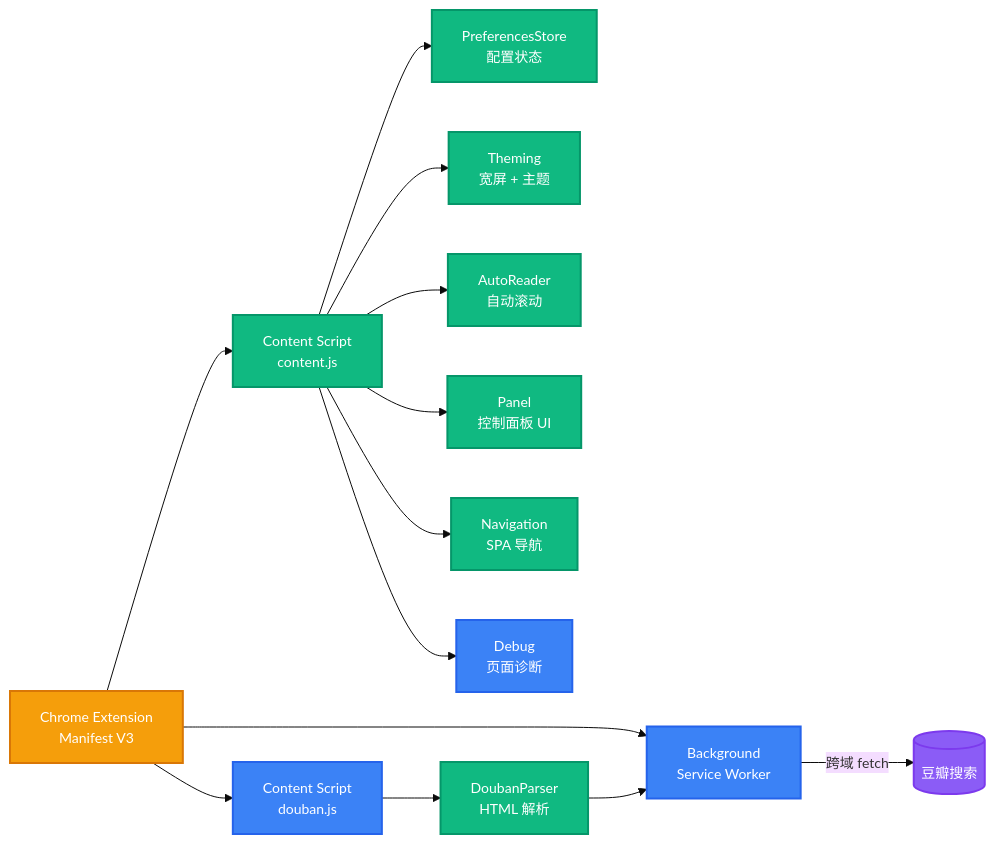
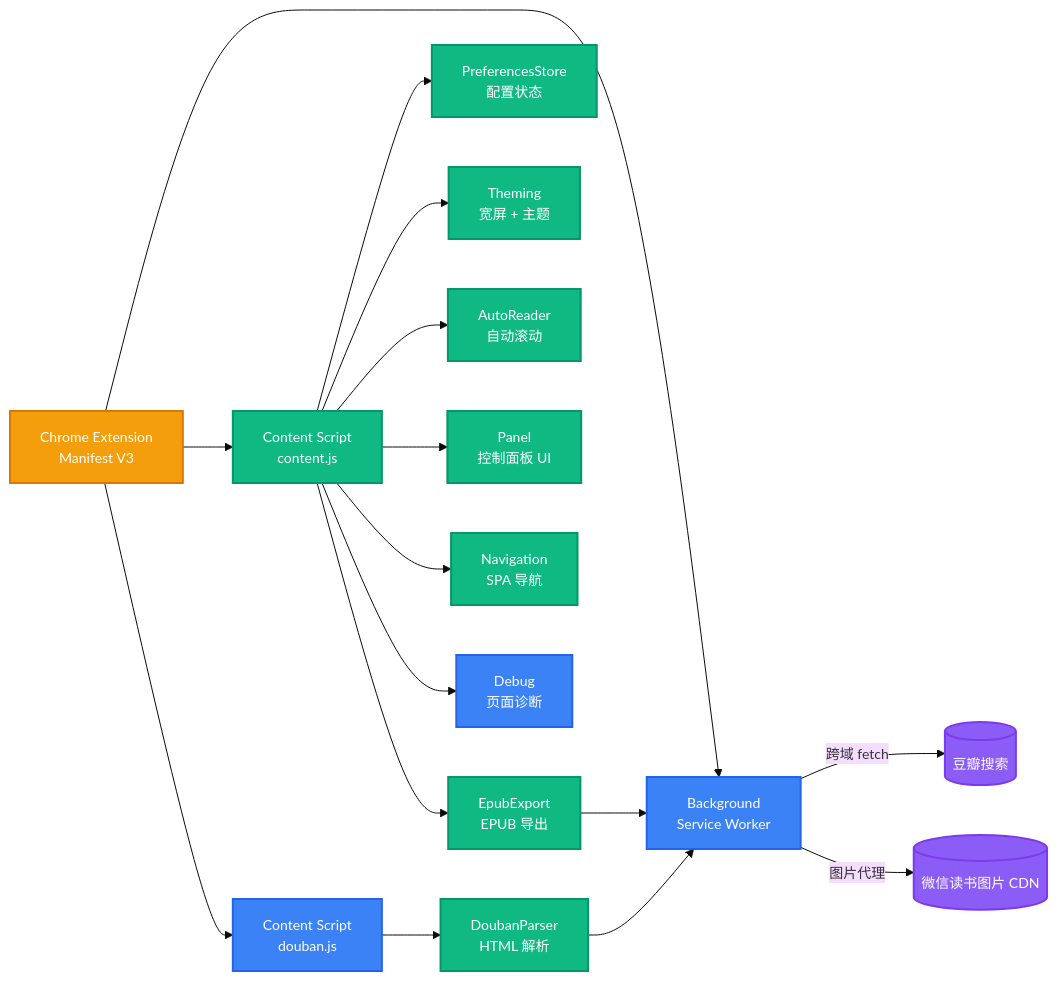
The diagram in README.md (EwenYoung/weread-plus), drawn with Mermaid before and after one commit. The commit also changed other lines of this file and 3 other files, not shown here.

````diff
--- a/README.md
+++ b/README.md
@@ -88,26 +93,29 @@
 ```mermaid
 %%{init: {'theme': 'base', 'themeVariables': {'fontSize': '14px'}}}%%
 graph LR
     A[Chrome Extension<br/>Manifest V3] --> B[Background<br/>Service Worker]
     A --> C[Content Script<br/>content.js]
     A --> D[Content Script<br/>douban.js]
     C --> E[PreferencesStore<br/>配置状态]
     C --> F[Theming<br/>宽屏 + 主题]
     C --> G[AutoReader<br/>自动滚动]
     C --> H[Panel<br/>控制面板 UI]
     C --> I[Navigation<br/>SPA 导航]
     C --> J[Debug<br/>页面诊断]
     D --> K[DoubanParser<br/>HTML 解析]
+    C --> M[EpubExport<br/>EPUB 导出]
     K --> B
+    M --> B
     B -- 跨域 fetch --> L[(豆瓣搜索)]
+    B -- 图片代理 --> N[(微信读书图片 CDN)]
 
     classDef client fill:#3B82F6,stroke:#2563EB,color:#fff,stroke-width:2px
     classDef service fill:#10B981,stroke:#059669,color:#fff,stroke-width:2px
     classDef data fill:#8B5CF6,stroke:#7C3AED,color:#fff,stroke-width:2px
     classDef gateway fill:#F59E0B,stroke:#D97706,color:#fff,stroke-width:2px
 
     class A gateway
     class B,D,J client
-    class C,E,F,G,H,I,K service
-    class L data
+    class C,E,F,G,H,I,K,M service
+    class L,N data
 ```
````
